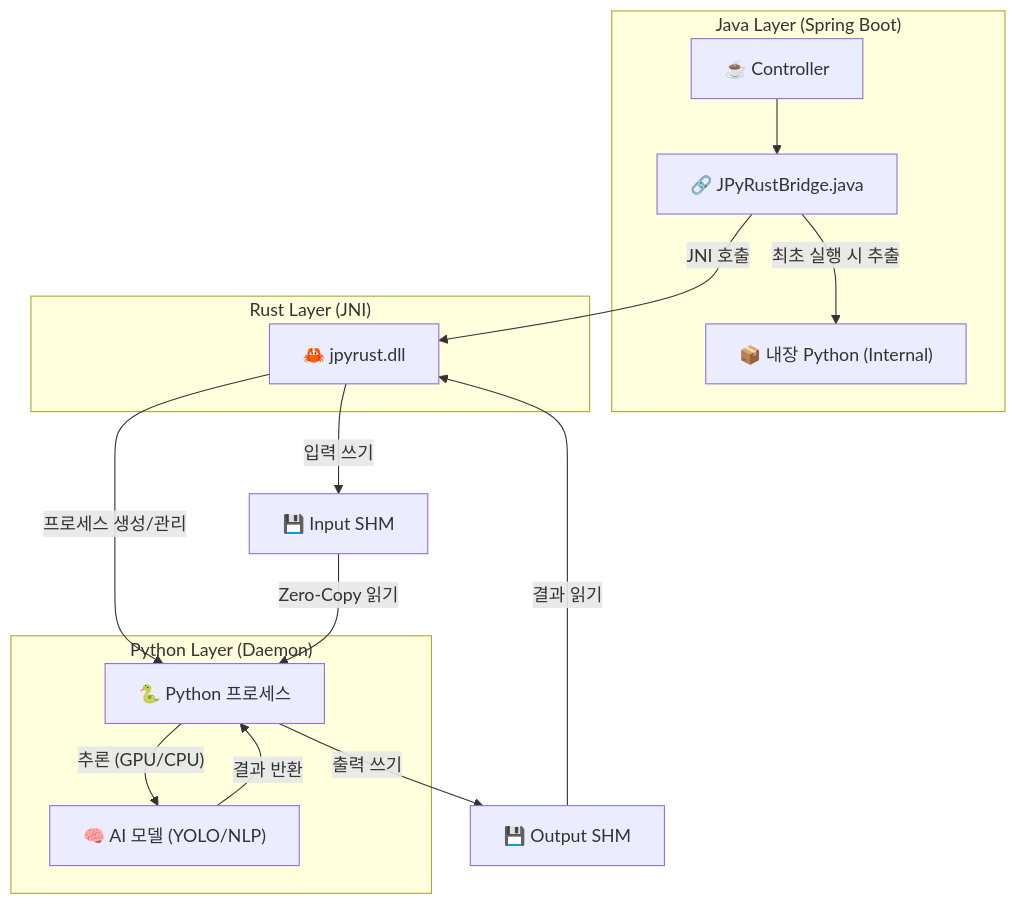
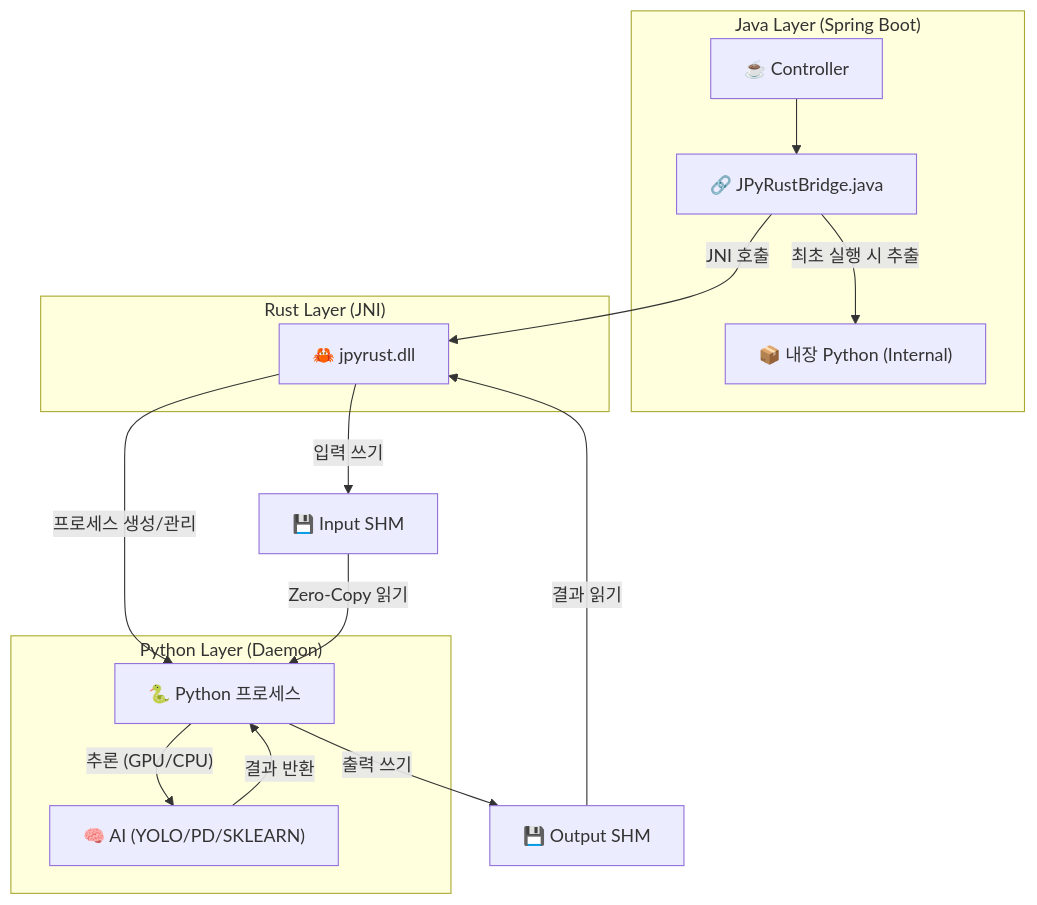
Before and after one commit to farmer0010/JPyRust: the diagram in README_KR.md, drawn with Mermaid. The commit also changed other lines of this file and 4 other files, not shown here.

Commit message:
feat: add Standard Battery (NLP, Sklearn, OpenCV) and extensibility guides

````diff
--- a/README_KR.md
+++ b/README_KR.md
@@ -62,30 +72,30 @@
 ```mermaid
 graph TD
     subgraph "Java Layer (Spring Boot)"
         Controller["☕ Controller"]
         JavaBridge["🔗 JPyRustBridge.java"]
         Dist["📦 내장 Python (Internal)"]
     end
 
     subgraph "Rust Layer (JNI)"
         RustBridge["🦀 jpyrust.dll"]
     end
 
     subgraph "Python Layer (Daemon)"
         Daemon["🐍 Python 프로세스"]
-        Models["🧠 AI 모델 (YOLO/NLP)"]
+        Models["🧠 AI (YOLO/PD/SKLEARN)"]
     end
 
     Controller --> JavaBridge
     JavaBridge -- "최초 실행 시 추출" --> Dist
     JavaBridge -- "JNI 호출" --> RustBridge
     RustBridge -- "프로세스 생성/관리" --> Daemon
     
     RustBridge -- "입력 쓰기" --> RAM_IN["💾 Input SHM"]
     RAM_IN -- "Zero-Copy 읽기" --> Daemon
     Daemon -- "추론 (GPU/CPU)" --> Models
     
     Models -- "결과 반환" --> Daemon
     Daemon -- "출력 쓰기" --> RAM_OUT["💾 Output SHM"]
     RAM_OUT -- "결과 읽기" --> RustBridge
 ```
````
